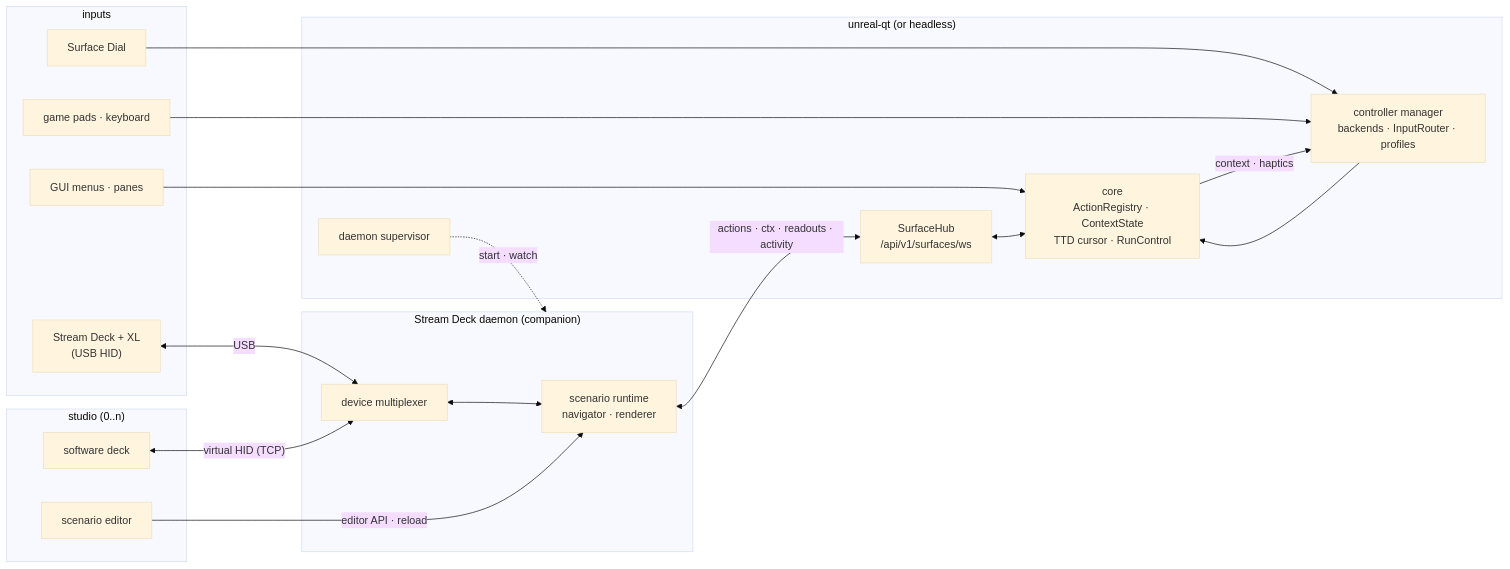
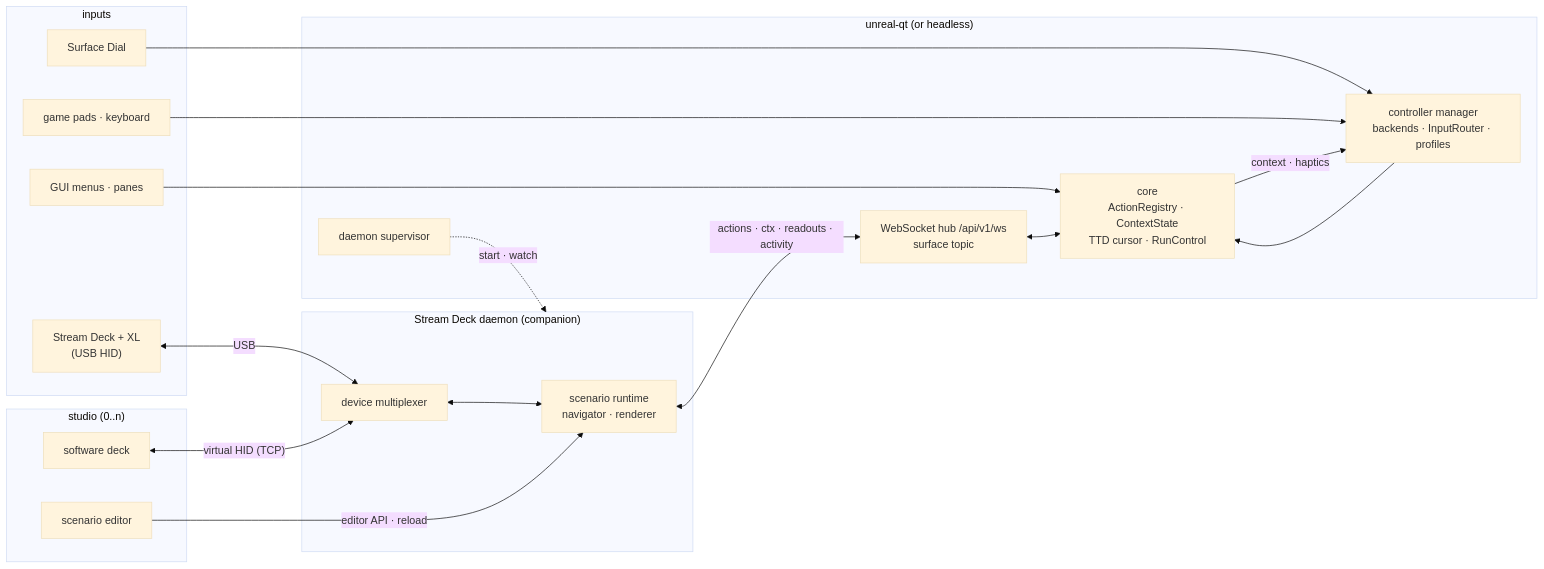
Before and after one commit to alfishe/unreal-ng: the diagram in docs/inprogress/2026-10-19-streamdeck-integration/README.md, drawn with Mermaid (base theme). The commit also changed other lines of this file and 13 other files, not shown here.

First line of the commit message:
One WebSocket for every client; automation planes guideline

````diff
--- a/docs/inprogress/2026-10-19-streamdeck-integration/README.md
+++ b/docs/inprogress/2026-10-19-streamdeck-integration/README.md
@@ -48,32 +49,32 @@
 ```mermaid
 flowchart LR
     subgraph IN["inputs"]
         SD["Stream Deck + XL<br/>(USB HID)"]
         DIAL["Surface Dial"]
         PAD["game pads · keyboard"]
         GUI["GUI menus · panes"]
     end
     subgraph HOST["unreal-qt (or headless)"]
         CM["controller manager<br/>backends · InputRouter · profiles"]
         CORE["core<br/>ActionRegistry · ContextState<br/>TTD cursor · RunControl"]
-        HUB["SurfaceHub<br/>/api/v1/surfaces/ws"]
+        HUB["WebSocket hub /api/v1/ws<br/>surface topic"]
         SUP["daemon supervisor"]
     end
     subgraph DAEMON["Stream Deck daemon (companion)"]
         RT["scenario runtime<br/>navigator · renderer"]
         MUX["device multiplexer"]
     end
     subgraph STUDIO["studio (0..n)"]
         VD["software deck"]
         ED["scenario editor"]
     end
     DIAL & PAD --> CM --> CORE
     GUI --> CORE
     SD <-- "USB" --> MUX
     MUX <--> RT
     RT <-- "actions · ctx · readouts · activity" --> HUB <--> CORE
     VD <-- "virtual HID (TCP)" --> MUX
     ED -- "editor API · reload" --> RT
     SUP -. "start · watch" .-> DAEMON
     CORE -- "context · haptics" --> CM
 ```
````
